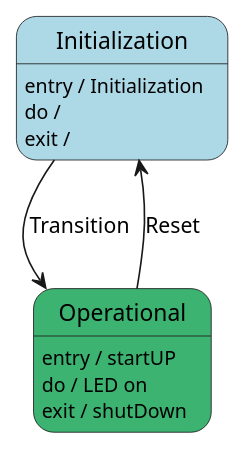
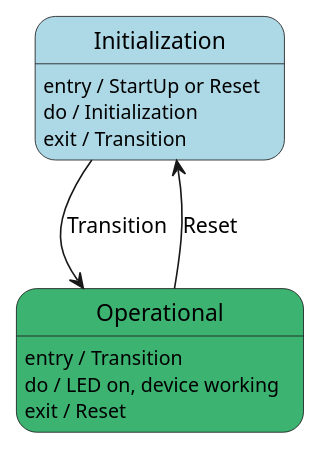
Before and after one commit to pall23-mech/EmbeddedSysGr1: the diagram in DynamicController/docs/diagrams/src/state_part1.puml, drawn with PlantUML. The commit also changed 1 other file, not shown here.

Commit message:
Adding more changes to the state diagrams for p1 and p2

```diff
--- a/DynamicController/docs/diagrams/src/state_part1.puml
+++ b/DynamicController/docs/diagrams/src/state_part1.puml
@@ -1,18 +1,18 @@
 @startuml State 1
 
 state "Initialization" as I #LightBlue
-I : entry / Initialization
-I : do / 
-I : exit / 
+I : entry / StartUp or Reset
+I : do / Initialization
+I : exit / Transition
 
 state "Operational" as O #MediumSeaGreen
-O : entry / startUP
-O : do / LED on
-O : exit / shutDown
+O : entry / Transition
+O : do / LED on, device working
+O : exit / Reset
 
 
 O --> I : Reset
 
 I --> O : Transition
 
 @enduml
```
